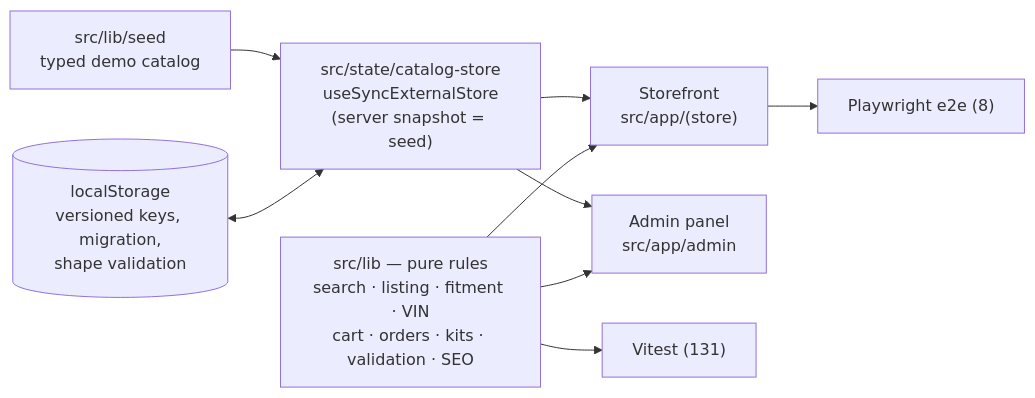
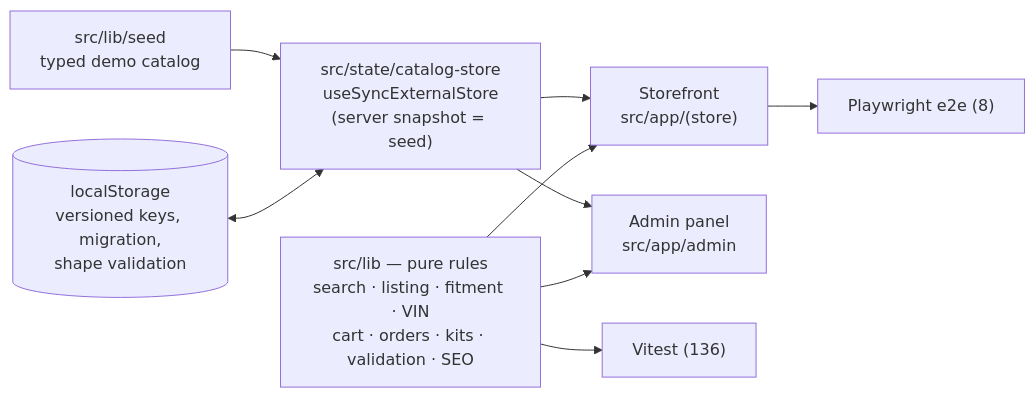
Before and after one commit to kursatdemirdelen/car-parts-shop: the diagram in README.md, drawn with Mermaid. The commit also changed other lines of this file and 2 other files, not shown here.

Commit message:
Uçtan uca testler ve README güncellendi
- Şasi numarası testine mobil taşma kontrolü eklendi
- CI'da yalnızca tekrar denemede geçen testler hata sayılıyor
- README'deki test sayısı güncellendi

````diff
--- a/README.md
+++ b/README.md
@@ -45,11 +45,11 @@
 ```mermaid
 flowchart LR
   seed["src/lib/seed<br/>typed demo catalog"] --> store["src/state/catalog-store<br/>useSyncExternalStore<br/>(server snapshot = seed)"]
   ls[("localStorage<br/>versioned keys, migration,<br/>shape validation")] <--> store
   store --> storefront["Storefront<br/>src/app/(store)"]
   store --> admin["Admin panel<br/>src/app/admin"]
   rules["src/lib — pure rules<br/>search · listing · fitment · VIN<br/>cart · orders · kits · validation · SEO"] --> storefront
   rules --> admin
-  rules --> tests["Vitest (131)"]
+  rules --> tests["Vitest (136)"]
   storefront --> e2e["Playwright e2e (8)"]
 ```
````
